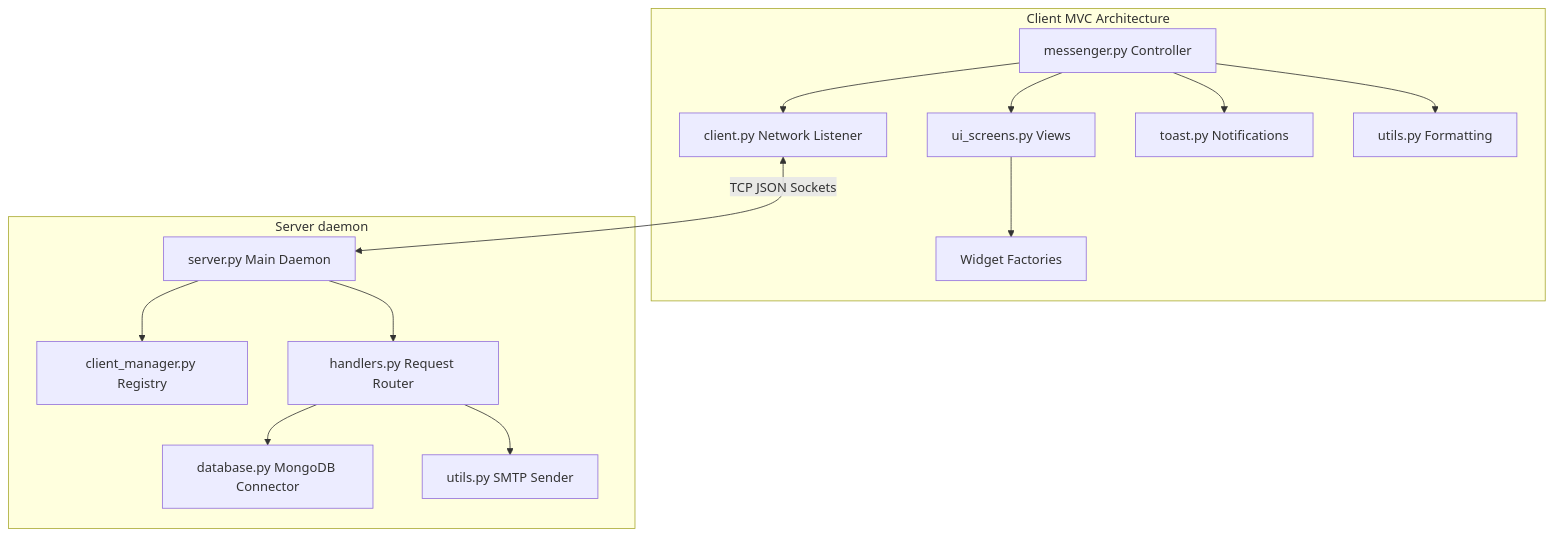
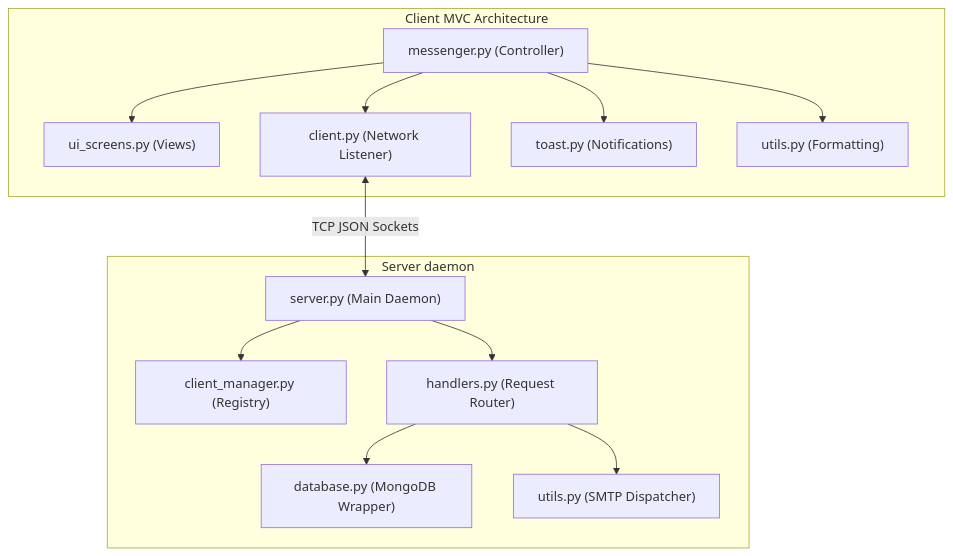
The diagram in README.md (JakkaMadhu/Messenger), drawn with Mermaid before and after one commit. The commit also changed other lines of this file and 5 other files, not shown here.

````diff
--- a/README.md
+++ b/README.md
@@ -26,19 +26,18 @@
 ```mermaid
 graph TD
     subgraph Client App [Client MVC Architecture]
-        M[messenger.py Controller] --> V[ui_screens.py Views]
-        M --> C[client.py Network Listener]
-        V --> F[Widget Factories]
-        M --> T[toast.py Notifications]
-        M --> U1[utils.py Formatting]
+        M["messenger.py (Controller)"] --> V["ui_screens.py (Views)"]
+        M --> C["client.py (Network Listener)"]
+        M --> T["toast.py (Notifications)"]
+        M --> U1["utils.py (Formatting)"]
     end
     
     subgraph Server Backend [Server daemon]
-        S[server.py Main Daemon] --> CM[client_manager.py Registry]
-        S --> H[handlers.py Request Router]
-        H --> DB[database.py MongoDB Connector]
-        H --> U2[utils.py SMTP Sender]
+        S["server.py (Main Daemon)"] --> CM["client_manager.py (Registry)"]
+        S --> H["handlers.py (Request Router)"]
+        H --> DB["database.py (MongoDB Wrapper)"]
+        H --> U2["utils.py (SMTP Dispatcher)"]
     end
     
     C <--> |TCP JSON Sockets| S
 ```
````
